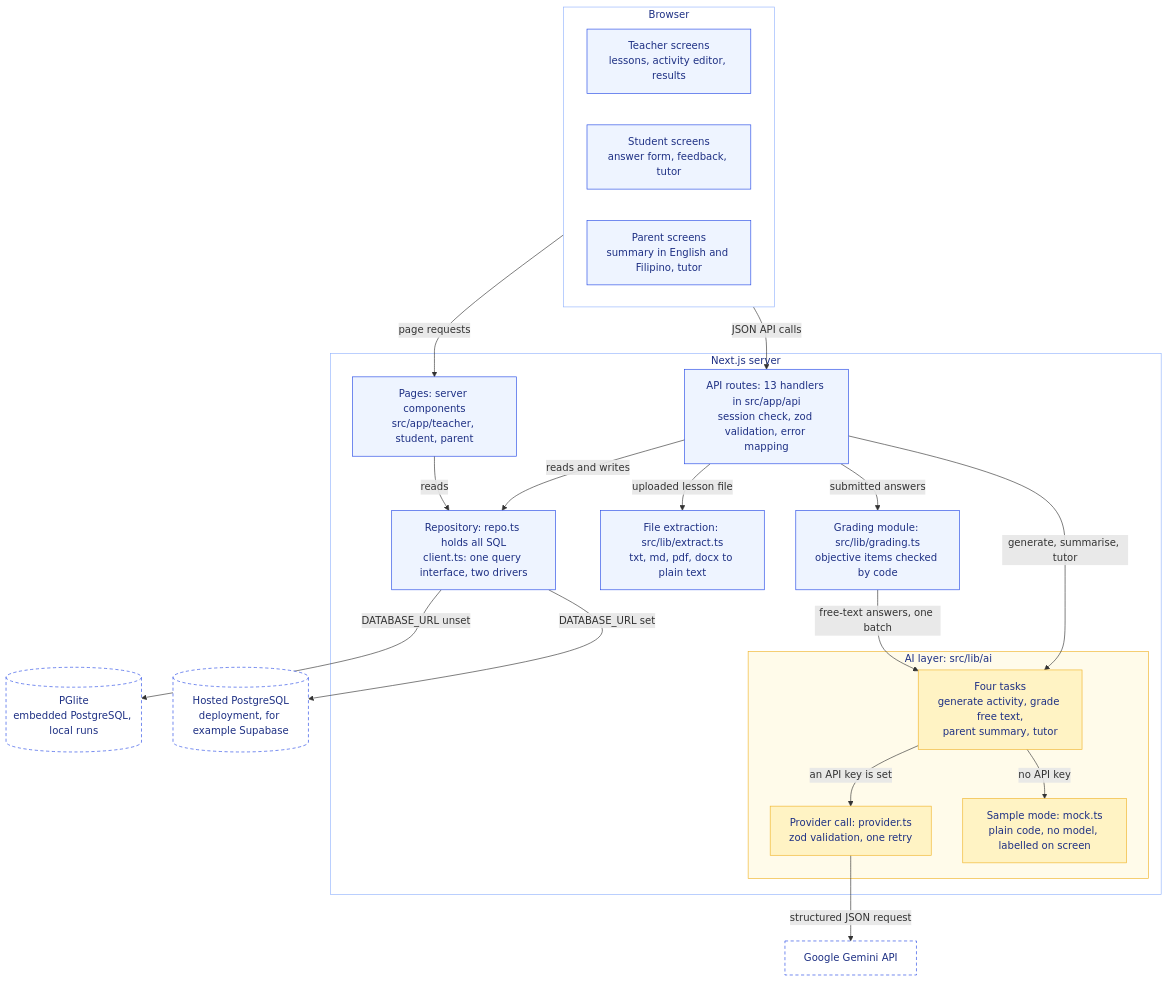
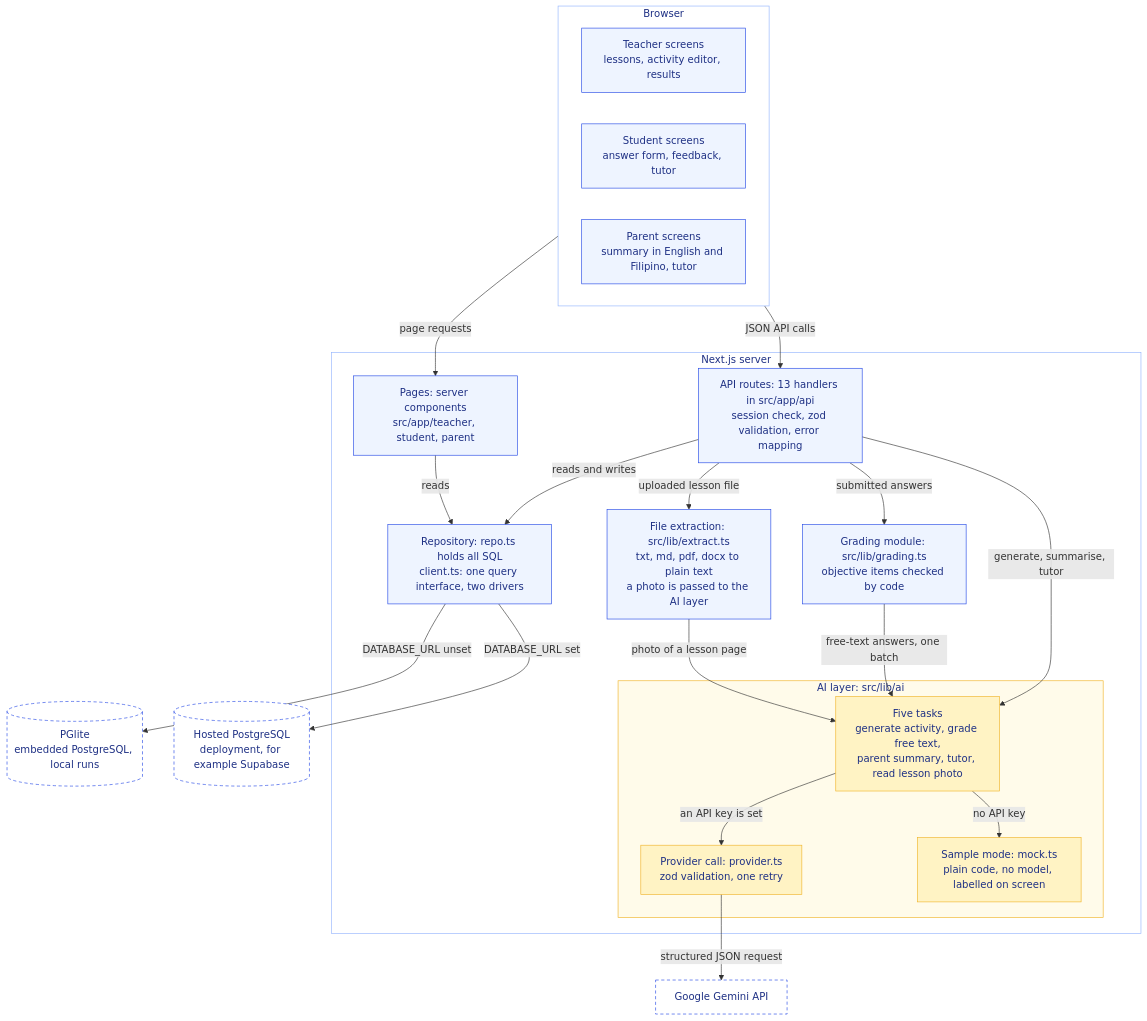
The first of 3 diagrams in docs/ARCHITECTURE.md (Vade-30/aralloop), drawn with Mermaid before and after one commit. The commit also changed other lines of this file and 32 other files, not shown here.

````diff
--- a/docs/ARCHITECTURE.md
+++ b/docs/ARCHITECTURE.md
@@ -16,49 +16,50 @@
 ```mermaid
 flowchart TB
   subgraph browser["Browser"]
     teacher["Teacher screens<br/>lessons, activity editor, results"]
     student["Student screens<br/>answer form, feedback, tutor"]
     parent["Parent screens<br/>summary in English and Filipino, tutor"]
   end
 
   subgraph server["Next.js server"]
     pages["Pages: server components<br/>src/app/teacher, student, parent"]
     api["API routes: 13 handlers in src/app/api<br/>session check, zod validation, error mapping"]
-    extract["File extraction: src/lib/extract.ts<br/>txt, md, pdf, docx to plain text"]
+    extract["File extraction: src/lib/extract.ts<br/>txt, md, pdf, docx to plain text<br/>a photo is passed to the AI layer"]
     grading["Grading module: src/lib/grading.ts<br/>objective items checked by code"]
     subgraph ai["AI layer: src/lib/ai"]
-      tasks["Four tasks<br/>generate activity, grade free text,<br/>parent summary, tutor"]
+      tasks["Five tasks<br/>generate activity, grade free text,<br/>parent summary, tutor, read lesson photo"]
       provider["Provider call: provider.ts<br/>zod validation, one retry"]
       mock["Sample mode: mock.ts<br/>plain code, no model, labelled on screen"]
     end
     repo["Repository: repo.ts holds all SQL<br/>client.ts: one query interface, two drivers"]
   end
 
   pglite[("PGlite<br/>embedded PostgreSQL, local runs")]
   hosted[("Hosted PostgreSQL<br/>deployment, for example Supabase")]
   gemini["Google Gemini API"]
 
   browser -->|"page requests"| pages
   browser -->|"JSON API calls"| api
   pages -->|"reads"| repo
   api -->|"reads and writes"| repo
   api -->|"uploaded lesson file"| extract
+  extract -->|"photo of a lesson page"| tasks
   api -->|"submitted answers"| grading
   api -->|"generate, summarise, tutor"| tasks
   grading -->|"free-text answers, one batch"| tasks
   tasks -->|"an API key is set"| provider
   tasks -->|"no API key"| mock
   provider -->|"structured JSON request"| gemini
   repo -->|"DATABASE_URL unset"| pglite
   repo -->|"DATABASE_URL set"| hosted
 
   classDef app fill:#eef4ff,stroke:#2549e6,color:#1e3084
   classDef aibox fill:#fff3c4,stroke:#f0b429,color:#1e3084
   classDef ext fill:#ffffff,stroke:#2549e6,color:#1e3084,stroke-dasharray: 5 4
   class teacher,student,parent,pages,api,extract,grading,repo app
   class tasks,provider,mock aibox
   class gemini,pglite,hosted ext
   style ai fill:#fffbea,stroke:#f0b429,color:#1e3084
   style browser fill:#ffffff,stroke:#93b4fd,color:#1e3084
   style server fill:#ffffff,stroke:#93b4fd,color:#1e3084
 ```
````
